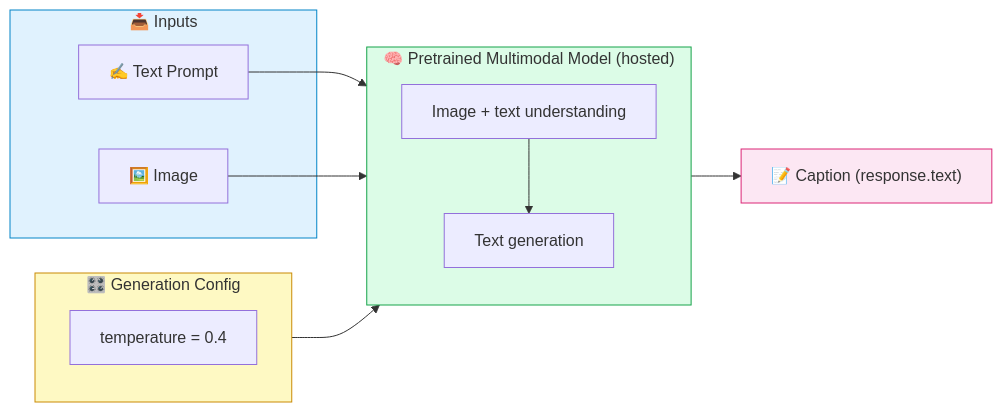
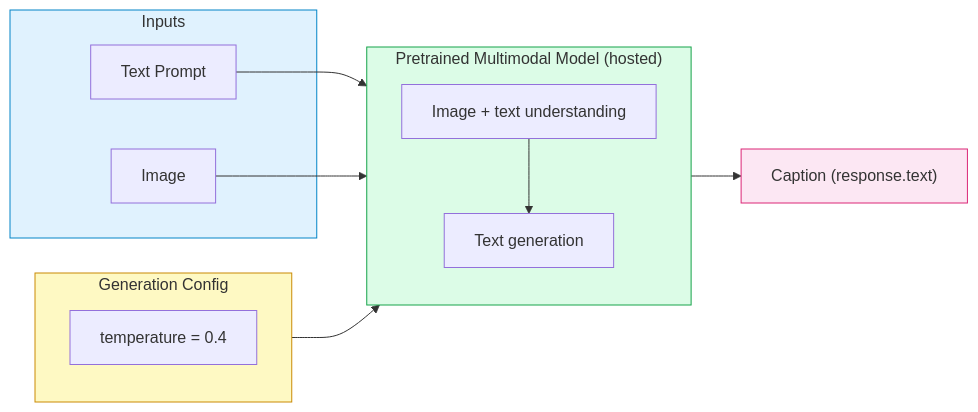
The fourth of 4 diagrams in README.md (vismayab21/Image-caption), drawn with Mermaid before and after one commit. The commit also changed other lines of this file, not shown here.

````diff
--- a/README.md
+++ b/README.md
@@ -154,28 +154,28 @@
 ```mermaid
 flowchart LR
-    subgraph INPUT["📥 Inputs"]
-        P["✍️ Text Prompt"]
-        I["🖼️ Image"]
+    subgraph INPUT[" Inputs"]
+        P[" Text Prompt"]
+        I[" Image"]
     end
 
-    subgraph MODEL["🧠 Pretrained Multimodal Model (hosted)"]
+    subgraph MODEL[" Pretrained Multimodal Model (hosted)"]
         direction TB
         M1["Image + text understanding"]
         M2["Text generation"]
         M1 --> M2
     end
 
-    subgraph CONFIG["🎛️ Generation Config"]
+    subgraph CONFIG[" Generation Config"]
         T["temperature = 0.4"]
     end
 
     P --> MODEL
     I --> MODEL
     CONFIG --> MODEL
-    MODEL --> O["📝 Caption (response.text)"]
+    MODEL --> O[" Caption (response.text)"]
 
     style INPUT fill:#e0f2fe,stroke:#0284c7
     style MODEL fill:#dcfce7,stroke:#16a34a
     style CONFIG fill:#fef9c3,stroke:#ca8a04
     style O fill:#fce7f3,stroke:#db2777
 ```
````
